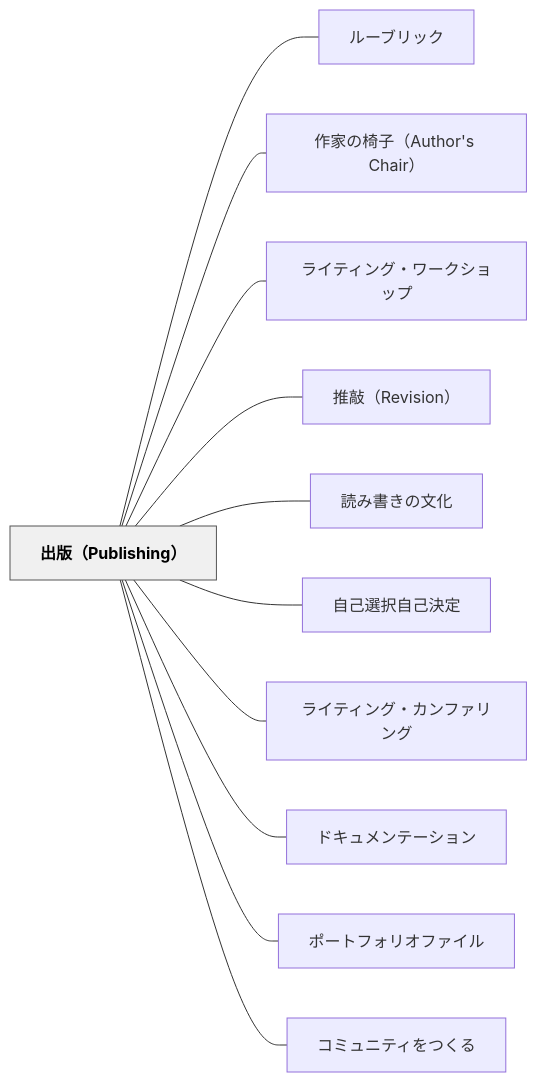
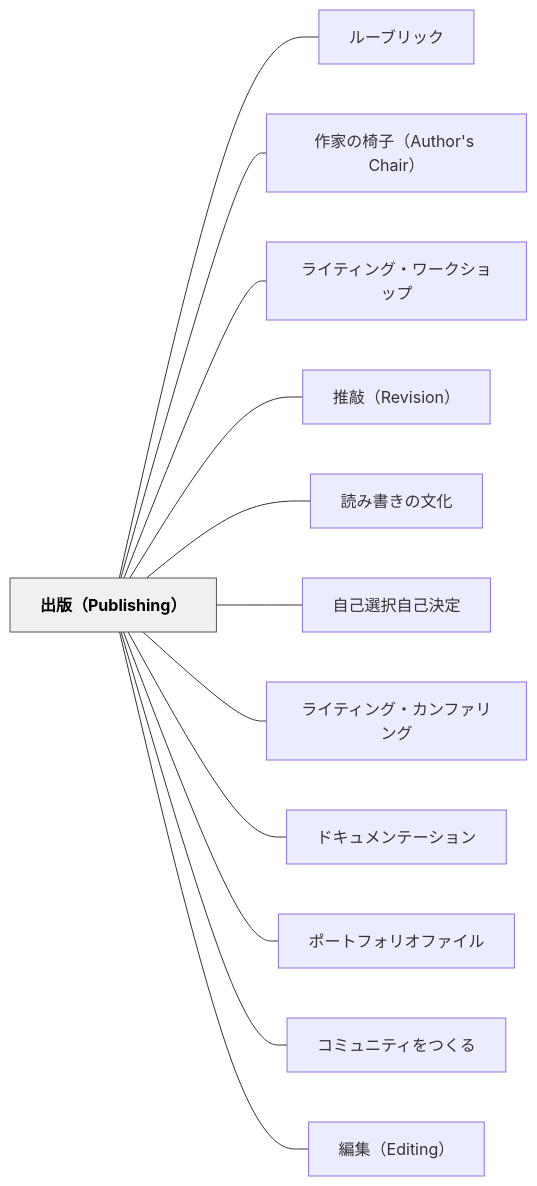
Before and after one commit to unknownthings-ed-patterns/unknownthings-ed-patterns: the diagram in content/パタン/出版（Publishing）.md, drawn with Mermaid. The commit also changed other lines of this file and 4 other files, not shown here.

````diff
--- a/content/パタン/出版（Publishing）.md
+++ b/content/パタン/出版（Publishing）.md
@@ -155,28 +156,30 @@
 ```mermaid
 flowchart LR
     ne587bae78988efbc885075626c697368696e67efbc89["出版（Publishing）"]
     ne383abe383bce38396e383aae38383e382af["ルーブリック"]
     ne4bd9ce5aeb6e381aee6a485e5ad90efbc88417574686f722773204368616972efbc89["作家の椅子（Author's Chair）"]
     ne383a9e382a4e38386e382a3e383b3e382b0e383bbe383afe383bce382afe382b7e383a7e38383e38397["ライティング・ワークショップ"]
     ne68ea8e695b2efbc885265766973696f6eefbc89["推敲（Revision）"]
     ne8aaade381bfe69bb8e3818de381aee69687e58c96["読み書きの文化"]
     ne887aae5b7b1e981b8e68a9ee887aae5b7b1e6b1bae5ae9a["自己選択自己決定"]
     ne383a9e382a4e38386e382a3e383b3e382b0e383bbe382abe383b3e38395e382a1e383aae383b3e382b0["ライティング・カンファリング"]
     ne38389e382ade383a5e383a1e383b3e38386e383bce382b7e383a7e383b3["ドキュメンテーション"]
     ne3839de383bce38388e38395e382a9e383aae382aae38395e382a1e382a4e383ab["ポートフォリオファイル"]
     ne382b3e3839fe383a5e3838be38386e382a3e38292e381a4e3818fe3828b["コミュニティをつくる"]
+    ne7b7a8e99b86efbc8845646974696e67efbc89["編集（Editing）"]
 
     ne587bae78988efbc885075626c697368696e67efbc89 --- ne383abe383bce38396e383aae38383e382af
     ne587bae78988efbc885075626c697368696e67efbc89 --- ne4bd9ce5aeb6e381aee6a485e5ad90efbc88417574686f722773204368616972efbc89
     ne587bae78988efbc885075626c697368696e67efbc89 --- ne383a9e382a4e38386e382a3e383b3e382b0e383bbe383afe383bce382afe382b7e383a7e38383e38397
     ne587bae78988efbc885075626c697368696e67efbc89 --- ne68ea8e695b2efbc885265766973696f6eefbc89
     ne587bae78988efbc885075626c697368696e67efbc89 --- ne8aaade381bfe69bb8e3818de381aee69687e58c96
     ne587bae78988efbc885075626c697368696e67efbc89 --- ne887aae5b7b1e981b8e68a9ee887aae5b7b1e6b1bae5ae9a
     ne587bae78988efbc885075626c697368696e67efbc89 --- ne383a9e382a4e38386e382a3e383b3e382b0e383bbe382abe383b3e38395e382a1e383aae383b3e382b0
     ne587bae78988efbc885075626c697368696e67efbc89 --- ne38389e382ade383a5e383a1e383b3e38386e383bce382b7e383a7e383b3
     ne587bae78988efbc885075626c697368696e67efbc89 --- ne3839de383bce38388e38395e382a9e383aae382aae38395e382a1e382a4e383ab
     ne587bae78988efbc885075626c697368696e67efbc89 --- ne382b3e3839fe383a5e3838be38386e382a3e38292e381a4e3818fe3828b
+    ne587bae78988efbc885075626c697368696e67efbc89 --- ne7b7a8e99b86efbc8845646974696e67efbc89
 
     classDef hub fill:#f0f0f0,stroke:#555,color:#000,font-weight:bold
     class ne587bae78988efbc885075626c697368696e67efbc89 hub
 ```
````
